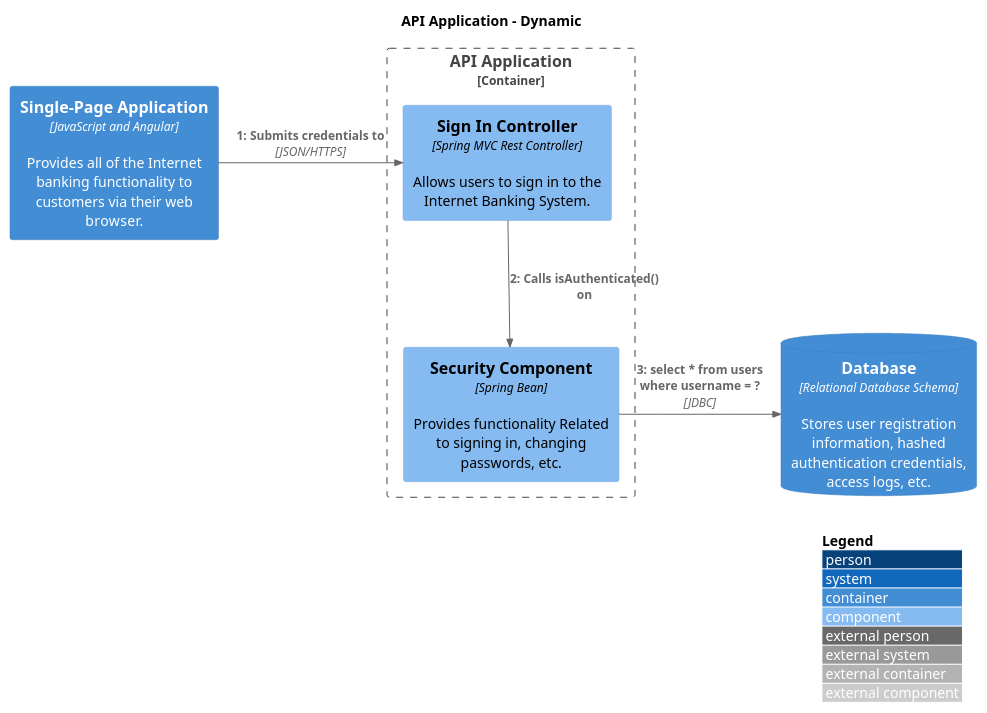
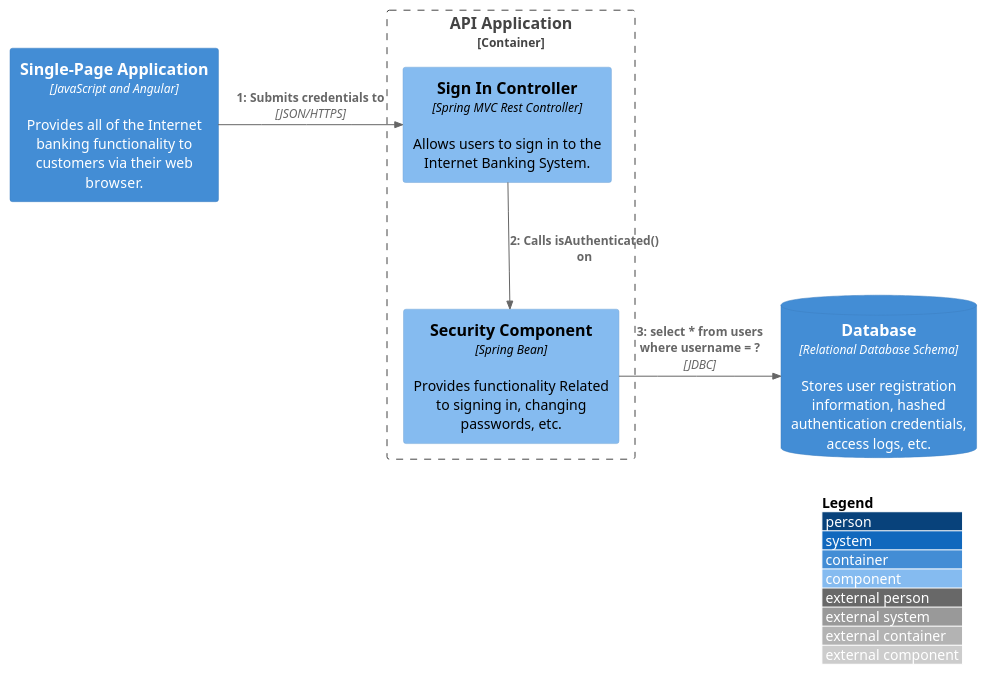
Before and after one commit to plantuml-stdlib/C4-PlantUML: the diagram in samples/C4_Dynamic Diagram Sample - bigbankplc.puml, drawn with PlantUML. The commit also changed 1 other file, not shown here.

Commit message:
dynamic diagrams too big when using local version and online plantuml server

```diff
--- a/samples/C4_Dynamic Diagram Sample - bigbankplc.puml
+++ b/samples/C4_Dynamic Diagram Sample - bigbankplc.puml
@@ -1,20 +1,15 @@
 @startuml
 !include https://raw.githubusercontent.com/adrianvlupu/C4-PlantUML/latest/C4_Dynamic.puml
-' uncomment the following line and comment the first to use locally
-' !include C4_Dynamic.puml
-
-' Structurizr.DynamicView: SignIn
-title API Application - Dynamic
 
 LAYOUT_WITH_LEGEND()
 
-ContainerDb(InternetBankingSystem__Database__1edef6c, "Database", "Relational Database Schema", "Stores user registration information, hashed authentication credentials, access logs, etc.")
-Container(InternetBankingSystem__SinglePageApplication__23f6823, "Single-Page Application", "JavaScript and Angular", "Provides all of the Internet banking functionality to customers via their web browser.")
-Container_Boundary(InternetBankingSystem__APIApplication__31f1f25, "API Application") {
-  Component(InternetBankingSystem__APIApplication__SecurityComponent__10c9772, "Security Component", "Spring Bean", "Provides functionality Related to signing in, changing passwords, etc.")
-  Component(InternetBankingSystem__APIApplication__SignInController__1fa4f18, "Sign In Controller", "Spring MVC Rest Controller", "Allows users to sign in to the Internet Banking System.")
+ContainerDb(c4, "Database", "Relational Database Schema", "Stores user registration information, hashed authentication credentials, access logs, etc.")
+Container(c1, "Single-Page Application", "JavaScript and Angular", "Provides all of the Internet banking functionality to customers via their web browser.")
+Container_Boundary(b, "API Application") {
+  Component(c3, "Security Component", "Spring Bean", "Provides functionality Related to signing in, changing passwords, etc.")
+  Component(c2, "Sign In Controller", "Spring MVC Rest Controller", "Allows users to sign in to the Internet Banking System.")
 }
-Rel_R(InternetBankingSystem__SinglePageApplication__23f6823, InternetBankingSystem__APIApplication__SignInController__1fa4f18, "Submits credentials to", "JSON/HTTPS")
-Rel(InternetBankingSystem__APIApplication__SignInController__1fa4f18, InternetBankingSystem__APIApplication__SecurityComponent__10c9772, "Calls isAuthenticated() on")
-Rel_R(InternetBankingSystem__APIApplication__SecurityComponent__10c9772, InternetBankingSystem__Database__1edef6c, "select * from users where username = ?", "JDBC")
+Rel_R(c1, c2, "Submits credentials to", "JSON/HTTPS")
+Rel(c2, c3, "Calls isAuthenticated() on")
+Rel_R(c3, c4, "select * from users where username = ?", "JDBC")
 @enduml
```
